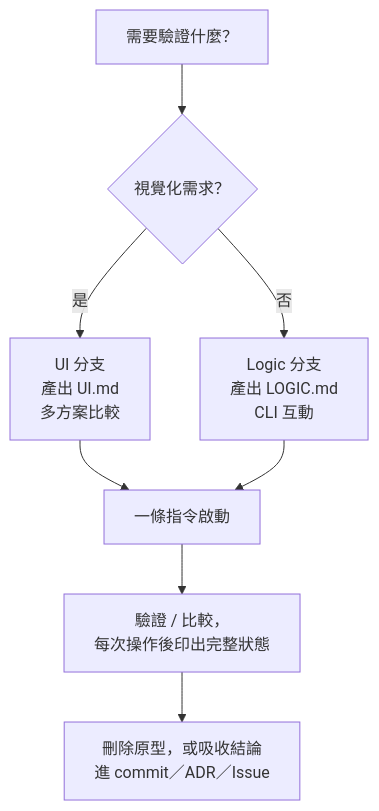
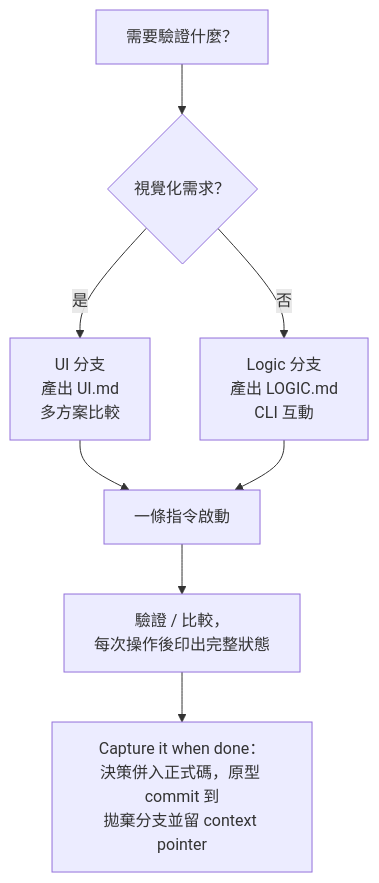
The ninth of 15 diagrams in content/posts/教學/AI開發/mattpocock skills 教學手冊.md (chihhung/Blog), drawn with Mermaid before and after one commit. The commit also changed other lines of this file, not shown here.

````diff
--- a/content/posts/教學/AI開發/mattpocock skills 教學手冊.md
+++ b/content/posts/教學/AI開發/mattpocock skills 教學手冊.md
@@ -1706,10 +1784,10 @@
 ```mermaid
 flowchart TD
     A["需要驗證什麼？"] --> B{"視覺化需求？"}
     B -->|"是"| C["UI 分支<br/>產出 UI.md<br/>多方案比較"]
     B -->|"否"| D["Logic 分支<br/>產出 LOGIC.md<br/>CLI 互動"]
     C --> E["一條指令啟動"]
     D --> E
     E --> F["驗證 / 比較，<br/>每次操作後印出完整狀態"]
-    F --> G["刪除原型，或吸收結論<br/>進 commit／ADR／Issue"]
+    F --> G["Capture it when done：<br/>決策併入正式碼，原型 commit 到<br/>拋棄分支並留 context pointer"]
 ```
````
